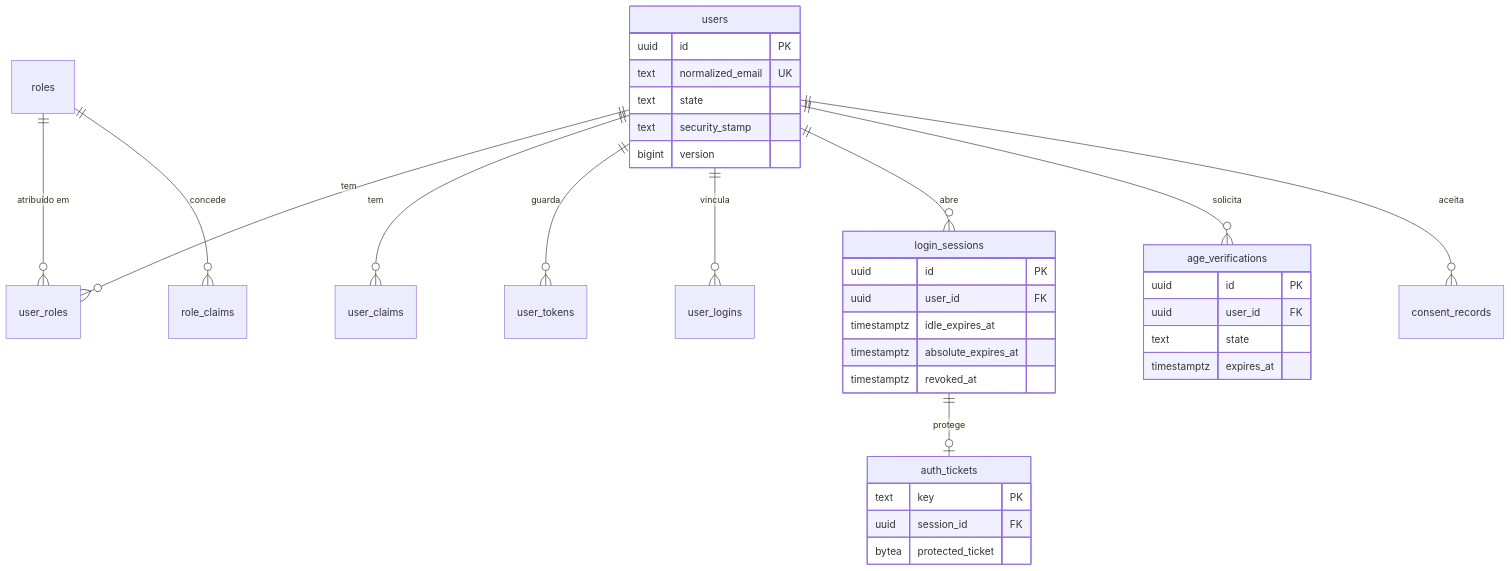
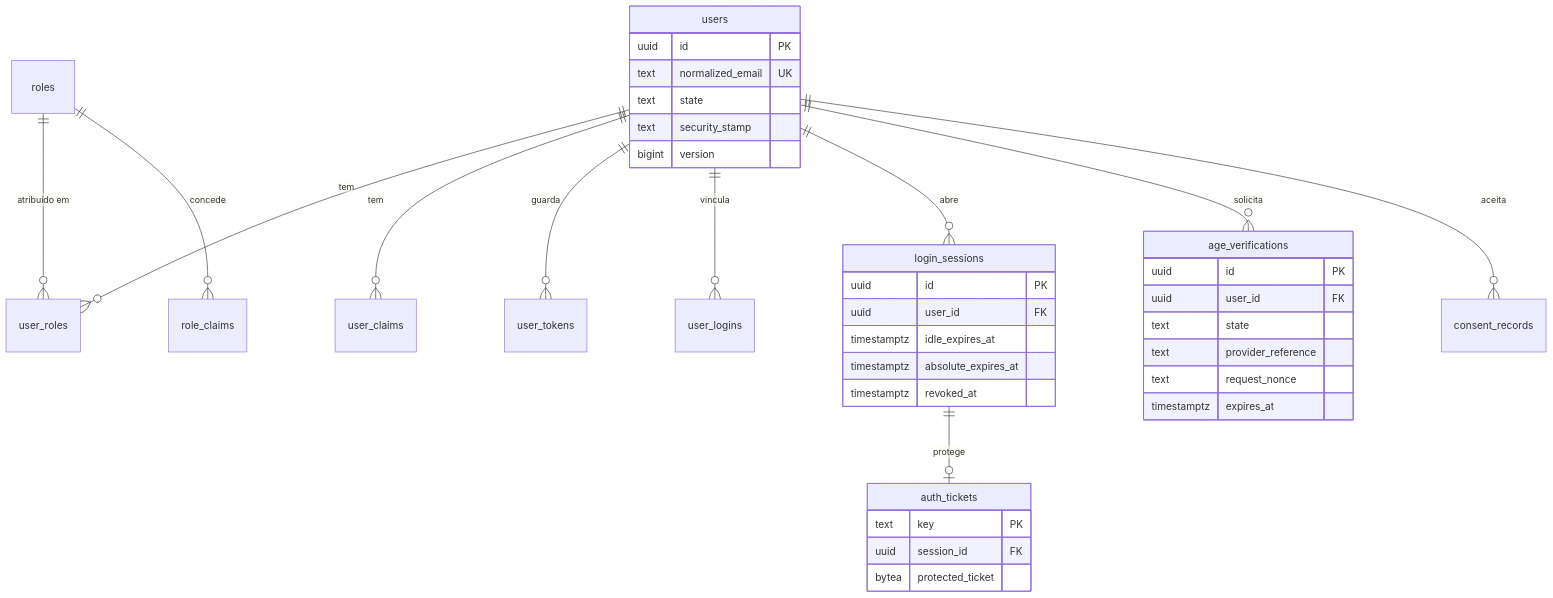
Before and after one commit to BipoXDXD/duora: the second of 10 diagrams in docs/data/model.md, drawn with Mermaid. The commit also changed other lines of this file and 28 other files, not shown here.

````diff
--- a/docs/data/model.md
+++ b/docs/data/model.md
@@ -102,38 +102,40 @@
 ```mermaid
 erDiagram
     users ||--o{ user_roles : "tem"
     roles ||--o{ user_roles : "atribuído em"
     roles ||--o{ role_claims : "concede"
     users ||--o{ user_claims : "tem"
     users ||--o{ user_tokens : "guarda"
     users ||--o{ user_logins : "vincula"
     users ||--o{ login_sessions : "abre"
     login_sessions ||--o| auth_tickets : "protege"
     users ||--o{ age_verifications : "solicita"
     users ||--o{ consent_records : "aceita"
     users {
         uuid id PK
         text normalized_email UK
         text state
         text security_stamp
         bigint version
     }
     login_sessions {
         uuid id PK
         uuid user_id FK
         timestamptz idle_expires_at
         timestamptz absolute_expires_at
         timestamptz revoked_at
     }
     auth_tickets {
         text key PK
         uuid session_id FK
         bytea protected_ticket
     }
     age_verifications {
         uuid id PK
         uuid user_id FK
         text state
+        text provider_reference
+        text request_nonce
         timestamptz expires_at
     }
 ```
````
